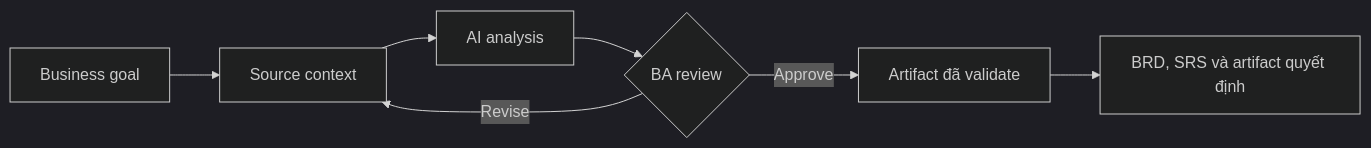
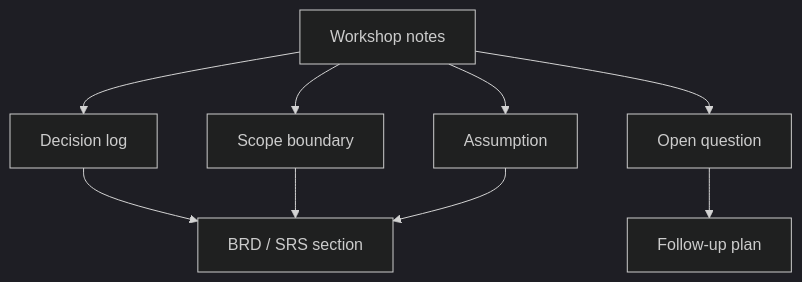
One commit to anhtnt90dev/ai-for-ba changed the diagram in docs/vi/lessons/brd-srs-and-decision-artifacts/index.md. Above: the diagram before and after it, drawn with Mermaid (dark theme). The commit also changed other lines of this file and 64 other files, not shown here.

````diff
--- a/docs/vi/lessons/brd-srs-and-decision-artifacts/index.md
+++ b/docs/vi/lessons/brd-srs-and-decision-artifacts/index.md
@@ -39,9 +38,11 @@
 ```mermaid
-flowchart LR
-    A["Business goal"] --> B["Source context"]
-    B --> C["AI analysis"]
-    C --> D{"BA review"}
-    D -->|"Revise"| B
-    D -->|"Approve"| E["Artifact đã validate"]
-    E --> F["BRD, SRS và artifact quyết định"]
+flowchart TD
+    A["Workshop notes"] --> B["Decision log"]
+    A --> C["Scope boundary"]
+    A --> D["Assumption"]
+    A --> E["Open question"]
+    B --> F["BRD / SRS section"]
+    C --> F
+    D --> F
+    E --> G["Follow-up plan"]
 ```
````
